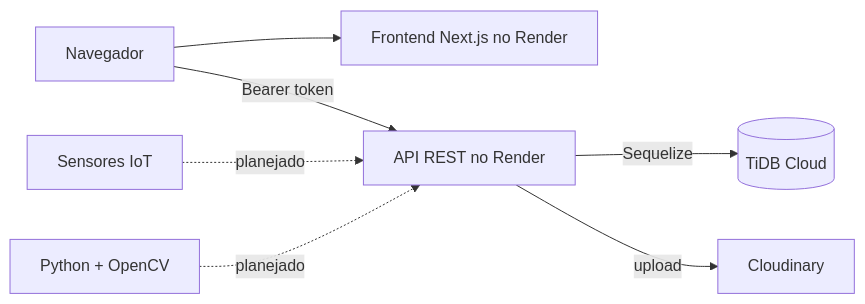
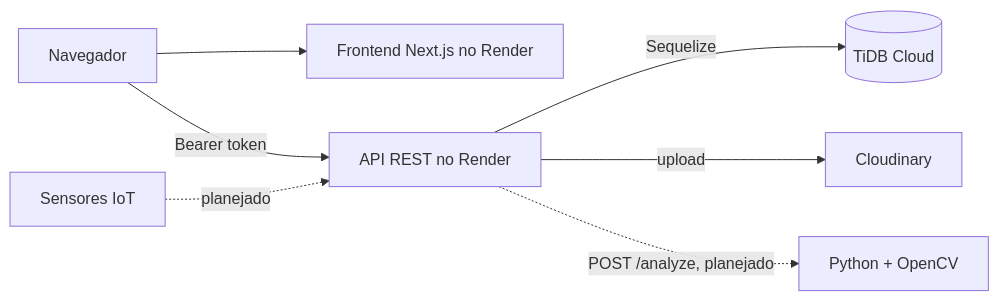
One commit to conloq/documentation changed the diagram in infraestrutura/README.md. Above: the diagram before and after it, drawn with Mermaid. The commit also changed 2 other files, not shown here.

Commit message:
docs: alinhar índice e README do frontend ao ambiente atual (#51)

````diff
--- a/infraestrutura/README.md
+++ b/infraestrutura/README.md
@@ -68,9 +68,9 @@
 ```mermaid
 flowchart LR
   U[Navegador] --> FE[Frontend Next.js no Render]
   U -->|Bearer token| API[API REST no Render]
   API -->|Sequelize| DB[(TiDB Cloud)]
   API -->|upload| CL[Cloudinary]
   IOT[Sensores IoT] -.->|planejado| API
-  PY[Python + OpenCV] -.->|planejado| API
+  API -.->|POST /analyze, planejado| PY[Python + OpenCV]
 ```
````
